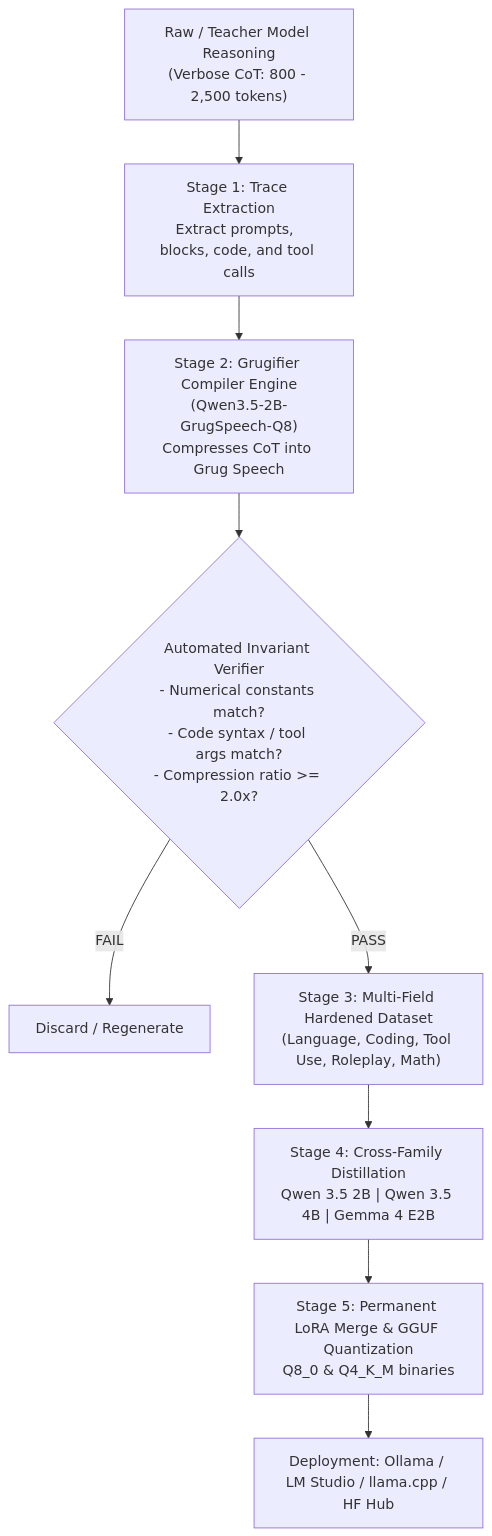
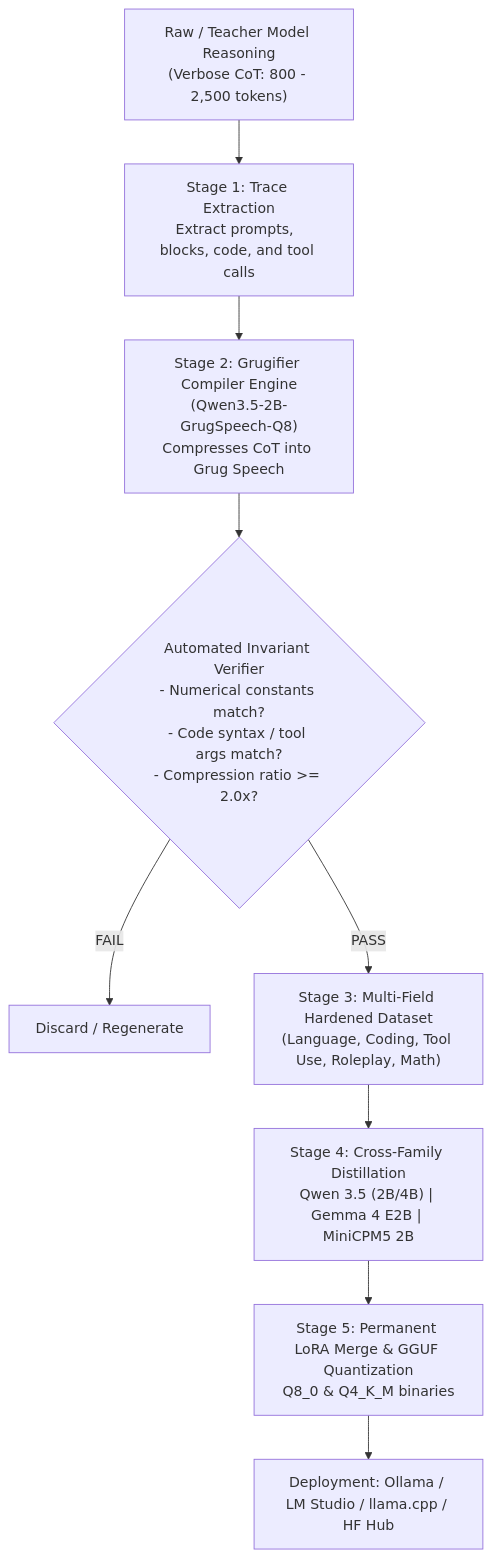
Before and after one commit to Nov4Saki/grug-speech-reasoning: the first of 4 diagrams in reports_and_decisions/grug_speech_technical_report.md, drawn with Mermaid. The commit also changed other lines of this file and 6 other files, not shown here.

Commit message:
Add MiniCPM5-2B Grug Native training, quantization, Modelfile, real-world Excel benchmarks, and updated technical reports

````diff
--- a/reports_and_decisions/grug_speech_technical_report.md
+++ b/reports_and_decisions/grug_speech_technical_report.md
@@ -24,11 +29,11 @@
 ```mermaid
 flowchart TD
     A["Raw / Teacher Model Reasoning\n(Verbose CoT: 800 - 2,500 tokens)"] --> B["Stage 1: Trace Extraction\nExtract prompts, <think> blocks, code, and tool calls"]
     B --> C["Stage 2: Grugifier Compiler Engine\n(Qwen3.5-2B-GrugSpeech-Q8)\nCompresses CoT into Grug Speech"]
     C --> D{"Automated Invariant Verifier\n- Numerical constants match?\n- Code syntax / tool args match?\n- Compression ratio >= 2.0x?"}
     D -- "FAIL" --> E["Discard / Regenerate"]
     D -- "PASS" --> F["Stage 3: Multi-Field Hardened Dataset\n(Language, Coding, Tool Use, Roleplay, Math)"]
-    F --> G["Stage 4: Cross-Family Distillation\nQwen 3.5 2B | Qwen 3.5 4B | Gemma 4 E2B"]
+    F --> G["Stage 4: Cross-Family Distillation\nQwen 3.5 (2B/4B) | Gemma 4 E2B | MiniCPM5 2B"]
     G --> H["Stage 5: Permanent LoRA Merge & GGUF Quantization\nQ8_0 & Q4_K_M binaries"]
     H --> I["Deployment: Ollama / LM Studio / llama.cpp / HF Hub"]
 ```
````
